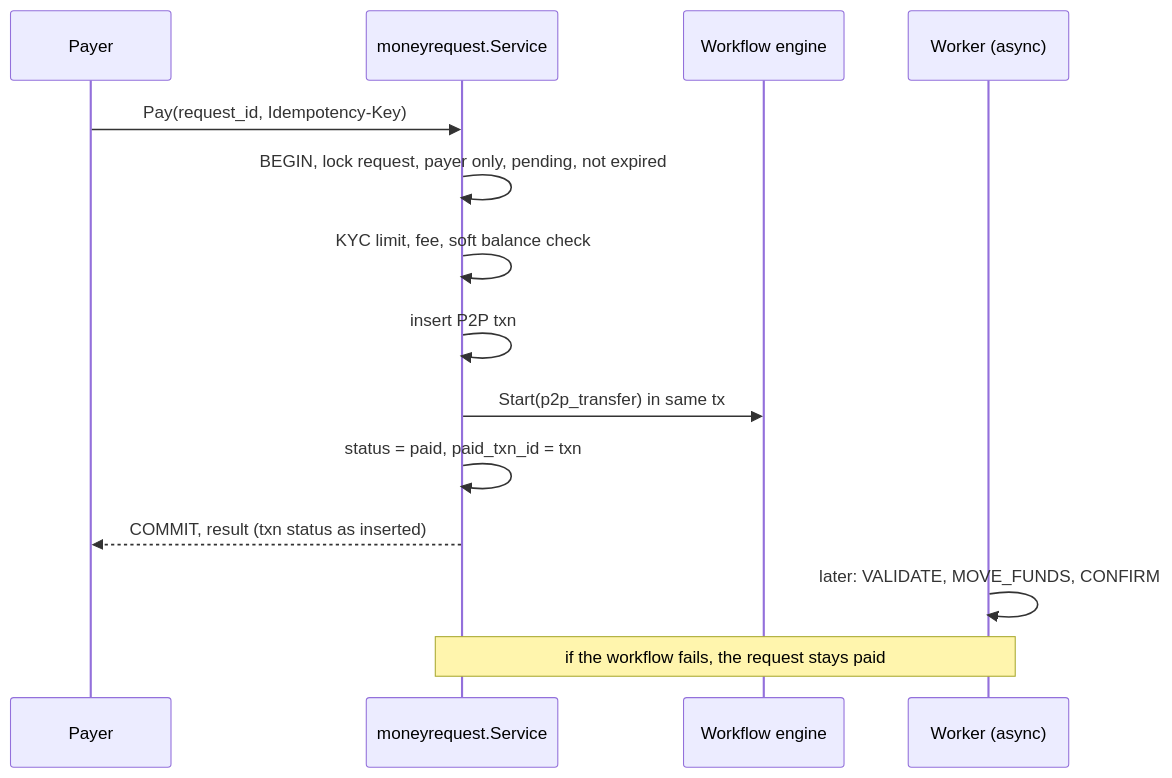
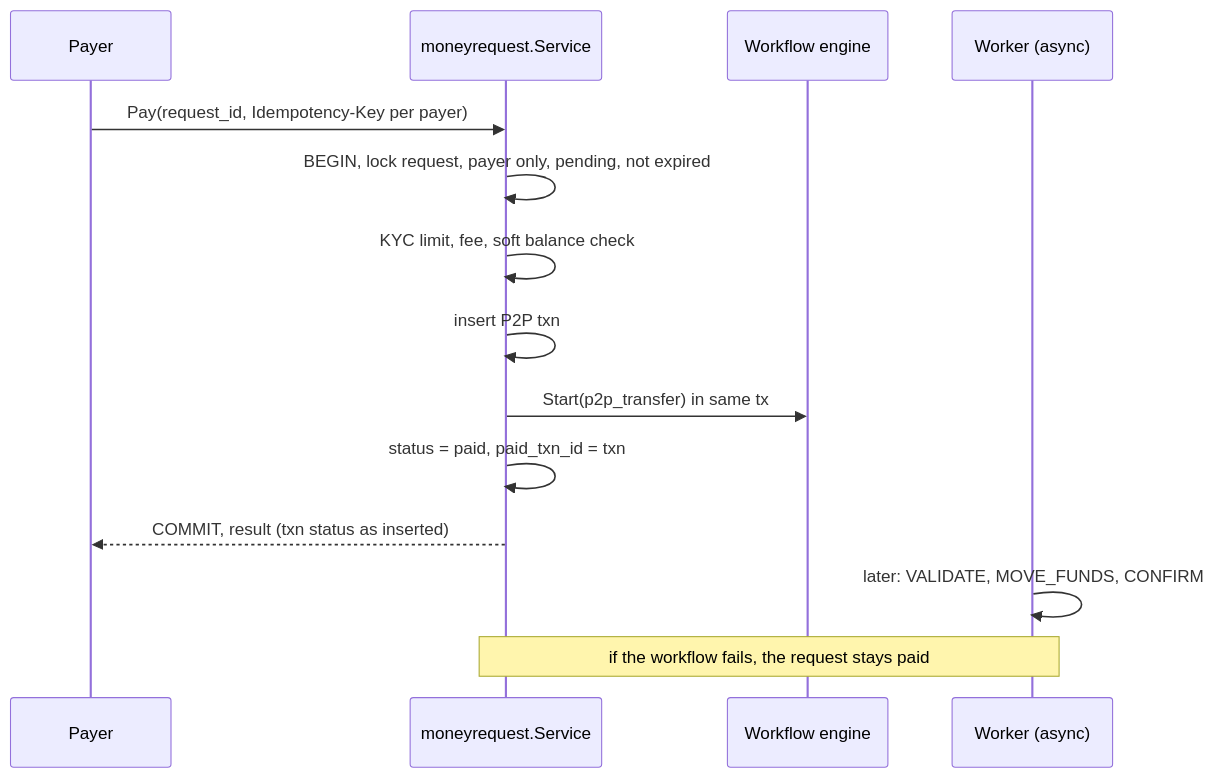
The second of 2 diagrams in docs/domain/money-requests.md (hieumai1507/HPay), drawn with Mermaid before and after one commit. The commit also changed other lines of this file and 278 other files, not shown here.

````diff
--- a/docs/domain/money-requests.md
+++ b/docs/domain/money-requests.md
@@ -93,16 +95,16 @@
 ```mermaid
 sequenceDiagram
     participant P as Payer
     participant S as moneyrequest.Service
     participant E as Workflow engine
     participant W as Worker (async)
-    P->>S: Pay(request_id, Idempotency-Key)
+    P->>S: Pay(request_id, Idempotency-Key per payer)
     S->>S: BEGIN, lock request, payer only, pending, not expired
     S->>S: KYC limit, fee, soft balance check
     S->>S: insert P2P txn
     S->>E: Start(p2p_transfer) in same tx
     S->>S: status = paid, paid_txn_id = txn
     S-->>P: COMMIT, result (txn status as inserted)
     W->>W: later: VALIDATE, MOVE_FUNDS, CONFIRM
     Note over S,W: if the workflow fails, the request stays paid
 ```
````
